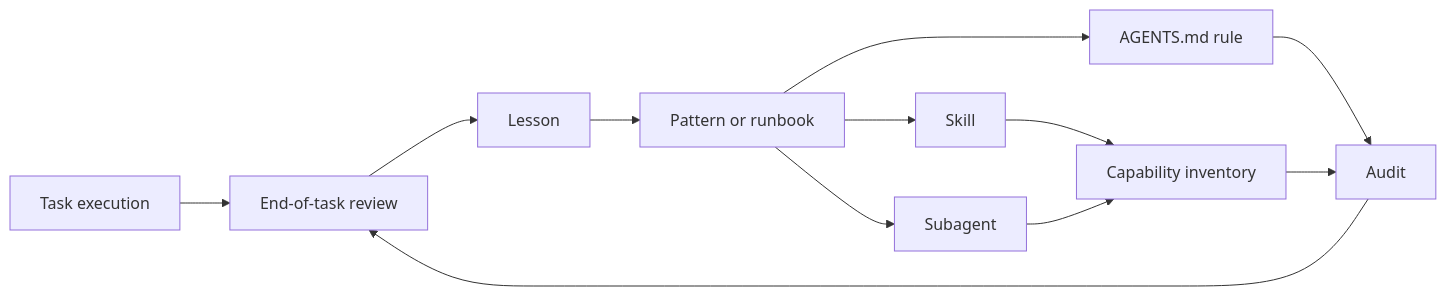
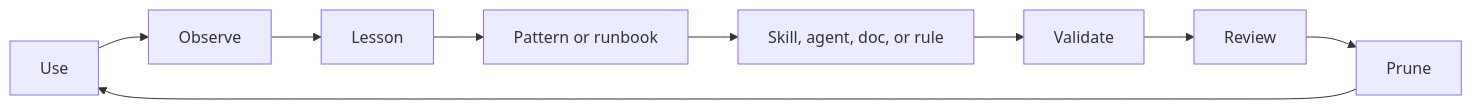
One commit to manulazs/development-workspace-codex changed the diagram in docs/self-improvement-lifecycle.md. Above: the diagram before and after it, drawn with Mermaid. The commit also changed other lines of this file and 36 other files, not shown here.

````diff
--- a/docs/self-improvement-lifecycle.md
+++ b/docs/self-improvement-lifecycle.md
@@ -7,14 +11,11 @@
 ```mermaid
 flowchart LR
-    Task[Task execution] --> Review[End-of-task review]
-    Review --> Lesson[Lesson]
+    Use[Use] --> Observe[Observe]
+    Observe --> Lesson[Lesson]
     Lesson --> Pattern[Pattern or runbook]
-    Pattern --> Skill[Skill]
-    Pattern --> Agent[Subagent]
-    Pattern --> Rule[AGENTS.md rule]
-    Skill --> Inventory[Capability inventory]
-    Agent --> Inventory
-    Rule --> Audit[Audit]
-    Inventory --> Audit
-    Audit --> Review
+    Pattern --> Capability[Skill, agent, doc, or rule]
+    Capability --> Validate[Validate]
+    Validate --> Review[Review]
+    Review --> Prune[Prune]
+    Prune --> Use
 ```
````
